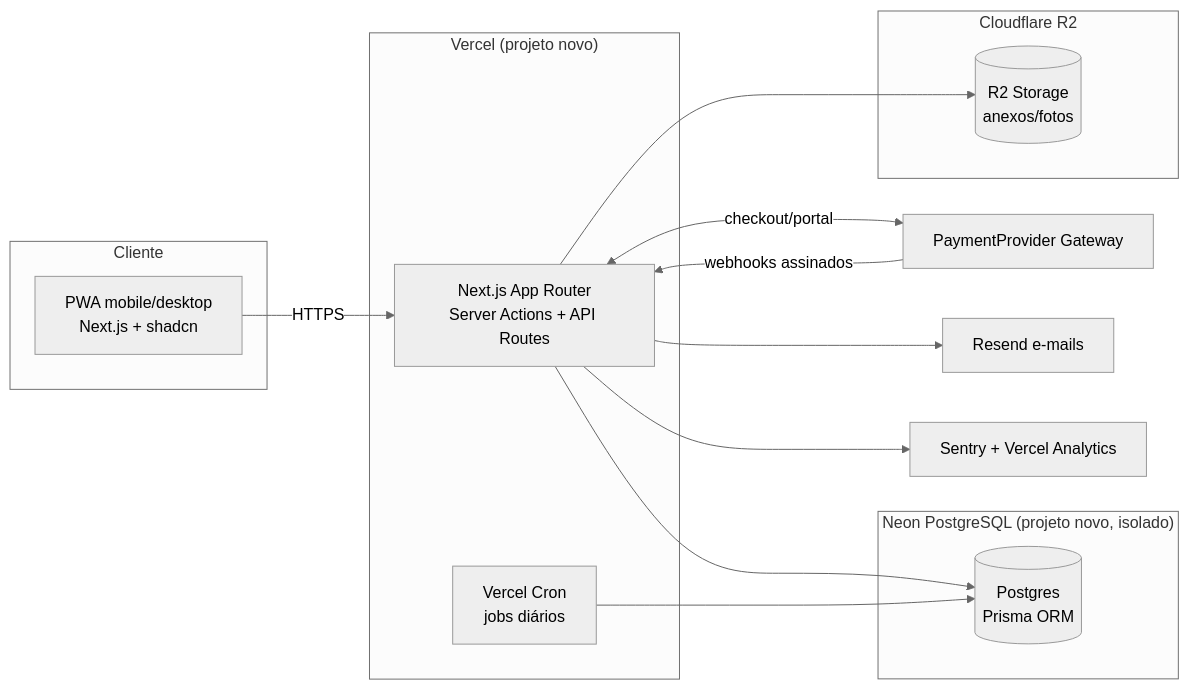
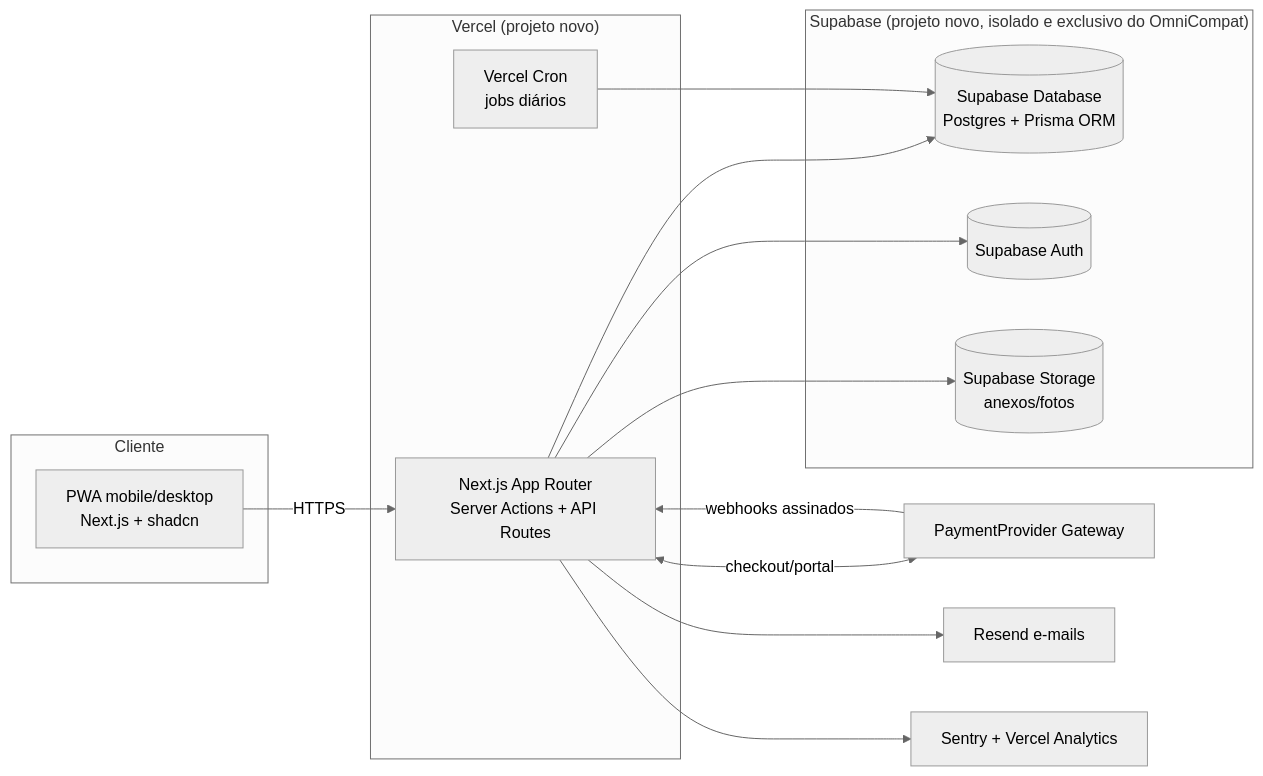
The diagram in docs/planning/catalogo-saas-master-001/ARQUITETURA_CATALOGO_SAAS_001.md (rafaelfaria49-png/omni-gestao-pro), drawn with Mermaid (neutral theme) before and after one commit. The commit also changed other lines of this file and 9 other files, not shown here.

Commit message:
docs(catalogo): adotar Supabase dedicado no OmniCompat

````diff
--- a/docs/planning/catalogo-saas-master-001/ARQUITETURA_CATALOGO_SAAS_001.md
+++ b/docs/planning/catalogo-saas-master-001/ARQUITETURA_CATALOGO_SAAS_001.md
@@ -90,28 +111,28 @@
 ```mermaid
 flowchart LR
   subgraph Cliente
     PWA[PWA mobile/desktop<br/>Next.js + shadcn]
   end
   subgraph Vercel["Vercel (projeto novo)"]
     App[Next.js App Router<br/>Server Actions + API Routes]
     Cron[Vercel Cron<br/>jobs diários]
   end
-  subgraph Neon["Neon PostgreSQL (projeto novo, isolado)"]
-    PG[(Postgres<br/>Prisma ORM)]
-  end
-  subgraph Cloudflare["Cloudflare R2"]
-    ST[(R2 Storage<br/>anexos/fotos)]
+  subgraph Supabase["Supabase (projeto novo, isolado e exclusivo do OmniCompat)"]
+    PG[(Supabase Database<br/>Postgres + Prisma ORM)]
+    Auth[(Supabase Auth)]
+    ST[(Supabase Storage<br/>anexos/fotos)]
   end
   PaymentProvider[PaymentProvider Gateway]
   Resend[Resend e-mails]
   Sentry[Sentry + Vercel Analytics]
 
   PWA -->|HTTPS| App
   App --> PG
+  App --> Auth
   App --> ST
   App <-->|checkout/portal| PaymentProvider
   PaymentProvider -->|webhooks assinados| App
   App --> Resend
   Cron --> PG
   App --> Sentry
 ```
````
